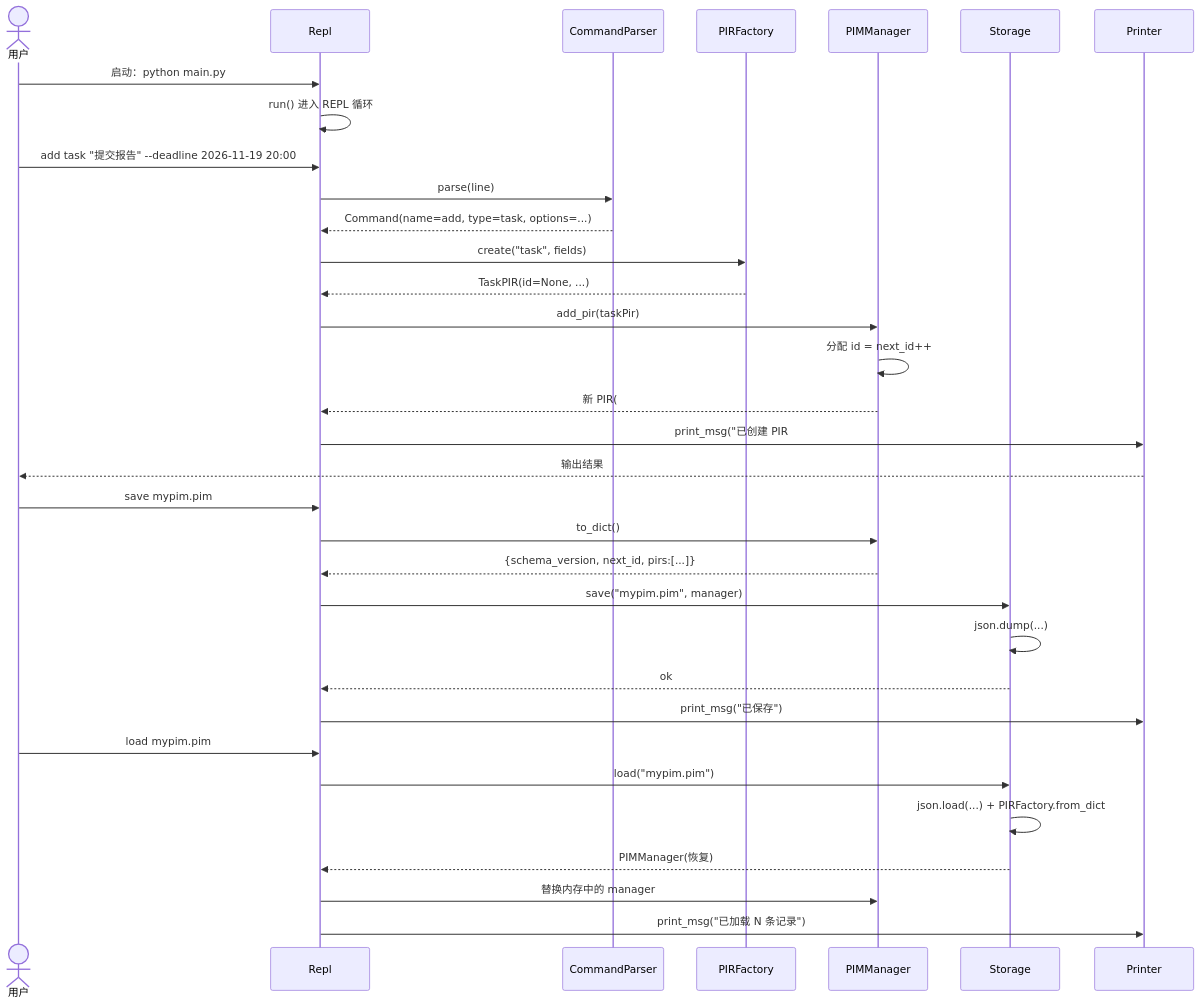
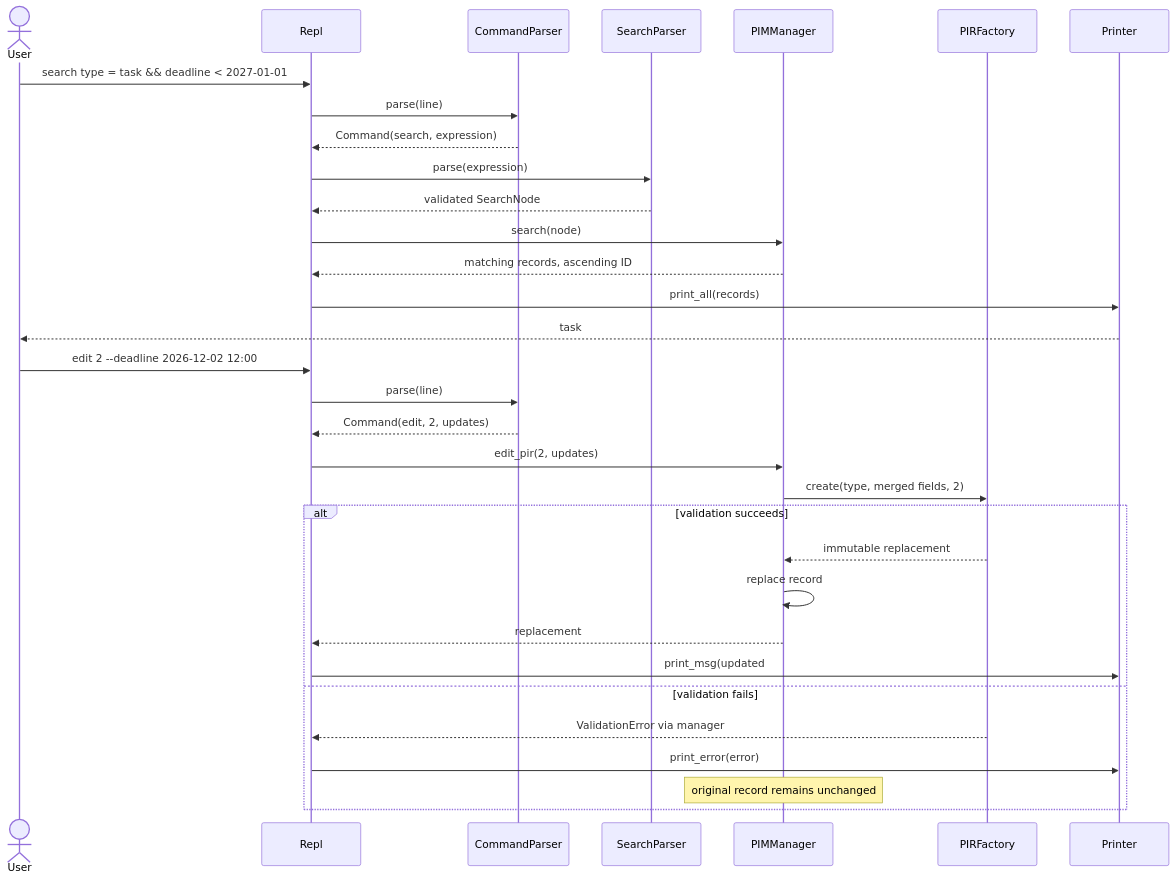
The diagram in docs/sequence-diagram.mermaid (G0aT-Shen/3211_group_project), drawn with Mermaid before and after one commit. The commit also changed 61 other files, not shown here.

```diff
--- a/docs/sequence-diagram.mermaid
+++ b/docs/sequence-diagram.mermaid
@@ -1,36 +1,33 @@
+%% Current revision 0.2; API contracts and field types: docs/design.md
 sequenceDiagram
-    actor U as 用户
-    participant R as Repl
-    participant CP as CommandParser
-    participant F as PIRFactory
-    participant M as PIMManager
-    participant S as Storage
-    participant P as Printer
-
-    U->>R: 启动：python main.py
-    R->>R: run() 进入 REPL 循环
-    U->>R: add task "提交报告" --deadline 2026-11-19 20:00
-    R->>CP: parse(line)
-    CP-->>R: Command(name=add, type=task, options=...)
-    R->>F: create("task", fields)
-    F-->>R: TaskPIR(id=None, ...)
-    R->>M: add_pir(taskPir)
-    M->>M: 分配 id = next_id++
-    M-->>R: 新 PIR(#1)
-    R->>P: print_msg("已创建 PIR #1")
-    P-->>U: 输出结果
-
-    U->>R: save mypim.pim
-    R->>M: to_dict()
-    M-->>R: {schema_version, next_id, pirs:[...]}
-    R->>S: save("mypim.pim", manager)
-    S->>S: json.dump(...)
-    S-->>R: ok
-    R->>P: print_msg("已保存")
-
-    U->>R: load mypim.pim
-    R->>S: load("mypim.pim")
-    S->>S: json.load(...) + PIRFactory.from_dict
-    S-->>R: PIMManager(恢复)
-    R->>M: 替换内存中的 manager
-    R->>P: print_msg("已加载 N 条记录")
+  actor U as User
+  participant R as Repl
+  participant C as CommandParser
+  participant S as SearchParser
+  participant M as PIMManager
+  participant F as PIRFactory
+  participant V as Printer
+  U->>R: search type = task && deadline < 2027-01-01
+  R->>C: parse(line)
+  C-->>R: Command(search, expression)
+  R->>S: parse(expression)
+  S-->>R: validated SearchNode
+  R->>M: search(node)
+  M-->>R: matching records, ascending ID
+  R->>V: print_all(records)
+  V-->>U: task #2 and its fields
+  U->>R: edit 2 --deadline 2026-12-02 12:00
+  R->>C: parse(line)
+  C-->>R: Command(edit, 2, updates)
+  R->>M: edit_pir(2, updates)
+  M->>F: create(type, merged fields, 2)
+  alt validation succeeds
+    F-->>M: immutable replacement
+    M->>M: replace record #2
+    M-->>R: replacement
+    R->>V: print_msg(updated #2)
+  else validation fails
+    F-->>R: ValidationError via manager
+    R->>V: print_error(error)
+    Note over M: original record remains unchanged
+  end
```
